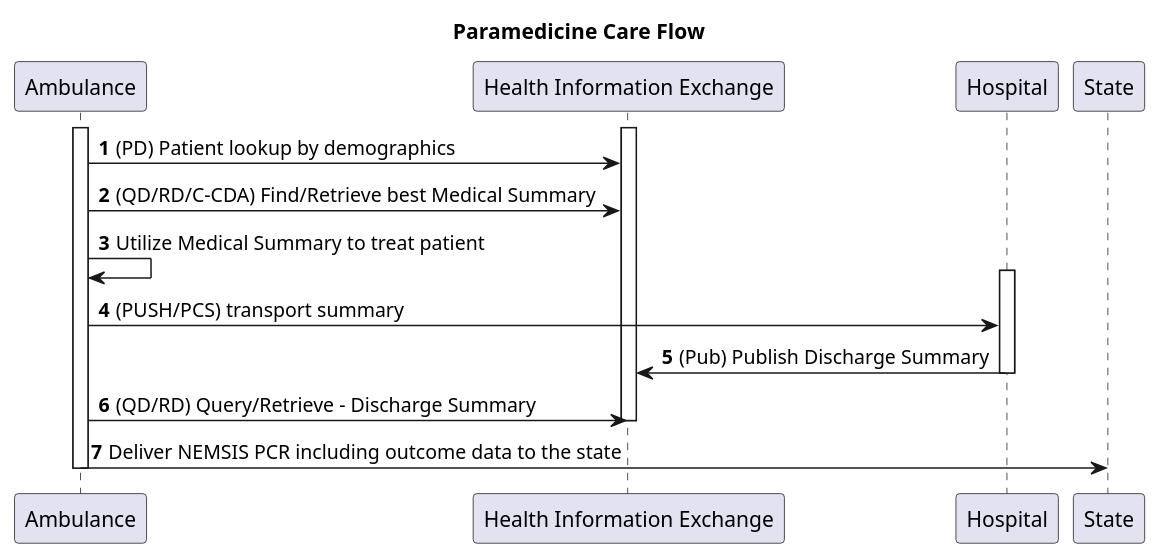
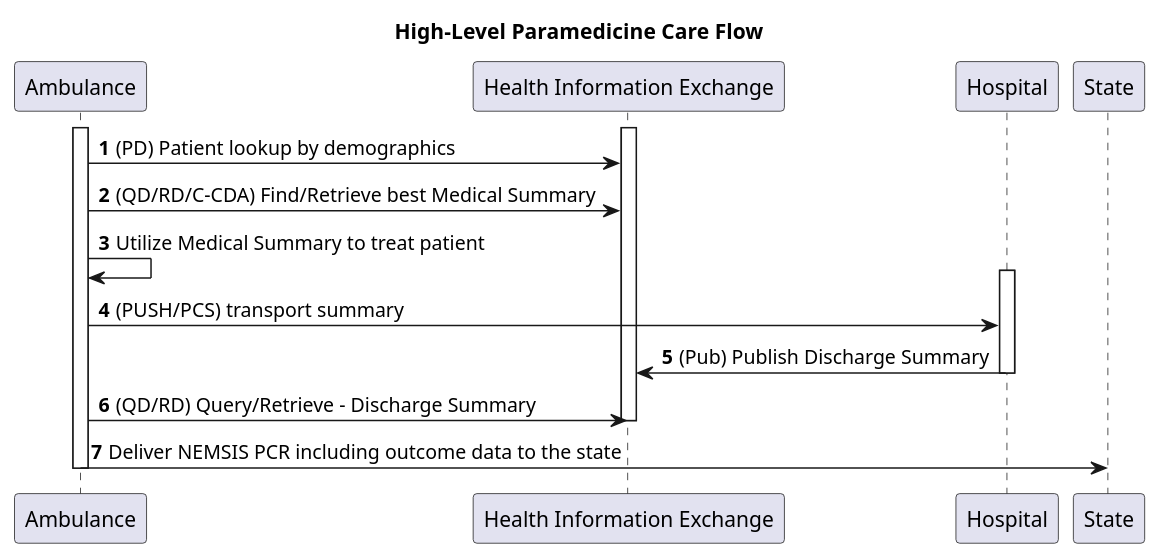
The diagram in input/images-source/usecase1a-processflow.plantuml (IHE/EMS-Overall), drawn with PlantUML before and after one commit. The commit also changed 8 other files, not shown here.

```diff
--- a/input/images-source/usecase1a-processflow.plantuml
+++ b/input/images-source/usecase1a-processflow.plantuml
@@ -1,22 +1,22 @@
 @startuml
 skinparam svgDimensionStyle false
-title Paramedicine Care Flow
+title High-Level Paramedicine Care Flow
 participant "Ambulance" as Ambulance
 participant "Health Information Exchange" as HIE [[https://profiles.ihe.net/ITI/HIE-Whitepaper/index.html HIE-Whitepaper]]
 autonumber
 activate Ambulance
 activate HIE
 Ambulance -> HIE: (PD) Patient lookup by demographics
 Ambulance -> HIE: (QD/RD/C-CDA) Find/Retrieve best Medical Summary
 Ambulance -> Ambulance: Utilize Medical Summary to treat patient
 
 activate Hospital
 Ambulance -> Hospital: (PUSH/PCS) transport summary 
 Hospital -> HIE: (Pub) Publish Discharge Summary
 deactivate Hospital
 Ambulance -> HIE: (QD/RD) Query/Retrieve - Discharge Summary
 deactivate HIE
 Ambulance -> State: Deliver NEMSIS PCR including outcome data to the state
 deactivate Ambulance
 
 @enduml
```
